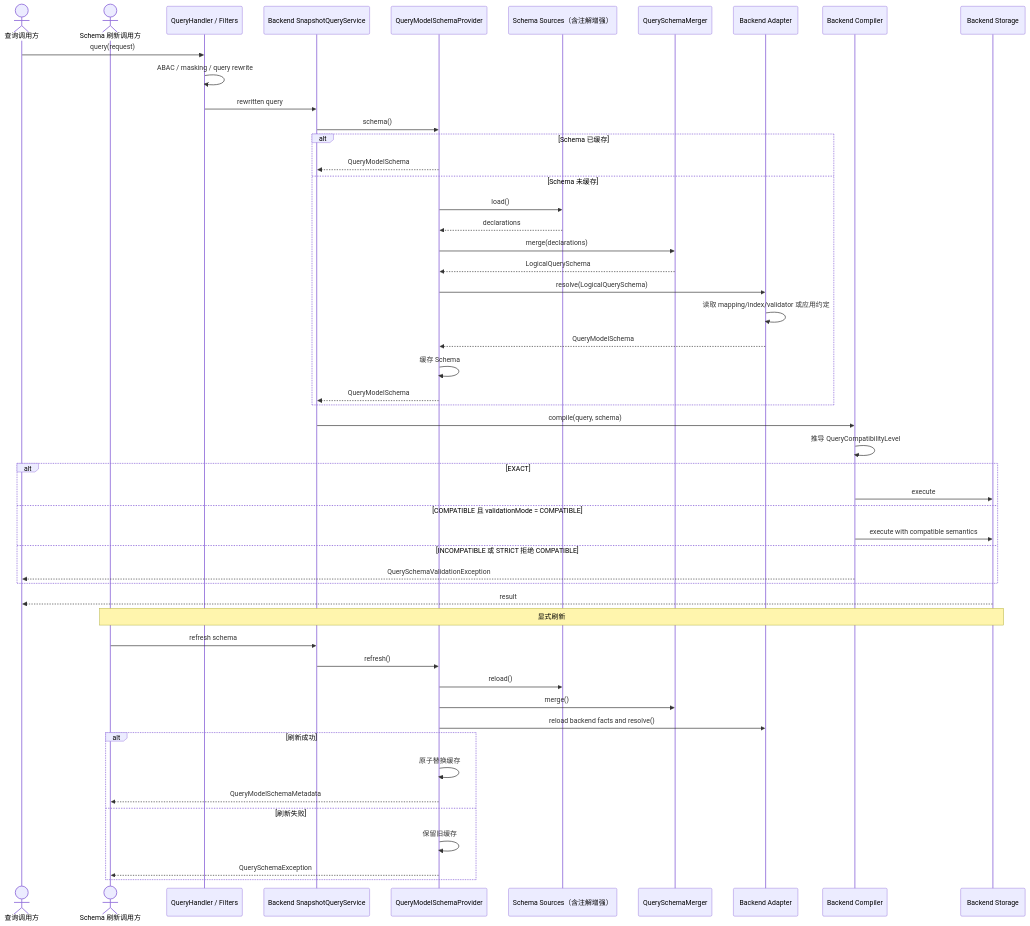
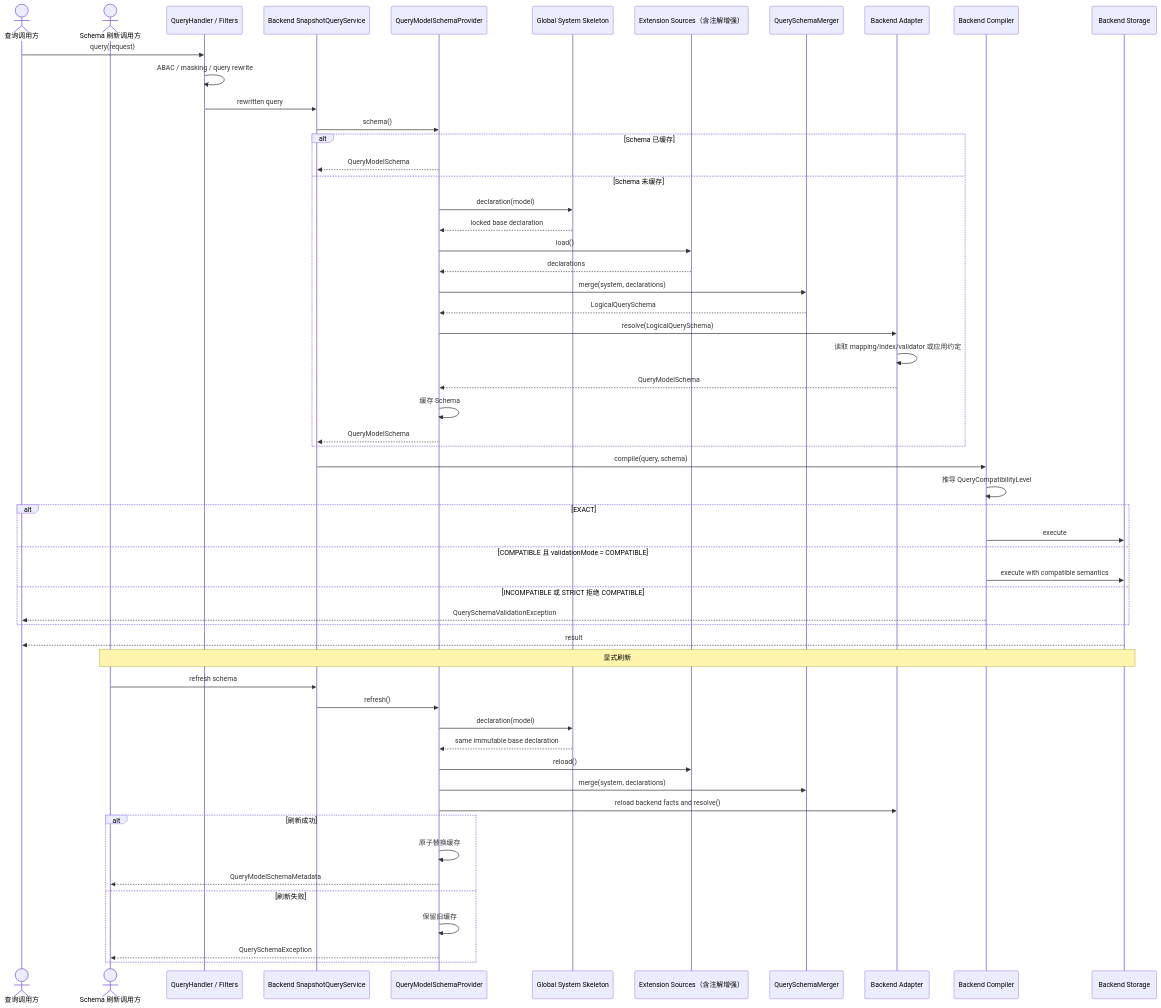
One commit to Ahoo-Wang/Wow changed the third of 4 diagrams in docs/superpowers/specs/2026-08-26-query-model-schema-design.md. Above: the diagram before and after it, drawn with Mermaid. The commit also changed other lines of this file, not shown here.

Commit message:
docs(query): define global system schema skeleton

````diff
--- a/docs/superpowers/specs/2026-08-26-query-model-schema-design.md
+++ b/docs/superpowers/specs/2026-08-26-query-model-schema-design.md
@@ -911,61 +920,66 @@
 ```mermaid
 sequenceDiagram
     actor Caller as 查询调用方
     actor Operator as Schema 刷新调用方
     participant Handler as QueryHandler / Filters
     participant Service as Backend SnapshotQueryService
     participant Provider as QueryModelSchemaProvider
-    participant Sources as Schema Sources（含注解增强）
+    participant System as Global System Skeleton
+    participant Sources as Extension Sources（含注解增强）
     participant Merger as QuerySchemaMerger
     participant Adapter as Backend Adapter
     participant Compiler as Backend Compiler
     participant Storage as Backend Storage
 
     Caller->>Handler: query(request)
     Handler->>Handler: ABAC / masking / query rewrite
     Handler->>Service: rewritten query
     Service->>Provider: schema()
 
     alt Schema 已缓存
         Provider-->>Service: QueryModelSchema
     else Schema 未缓存
+        Provider->>System: declaration(model)
+        System-->>Provider: locked base declaration
         Provider->>Sources: load()
         Sources-->>Provider: declarations
-        Provider->>Merger: merge(declarations)
+        Provider->>Merger: merge(system, declarations)
         Merger-->>Provider: LogicalQuerySchema
         Provider->>Adapter: resolve(LogicalQuerySchema)
         Adapter->>Adapter: 读取 mapping/index/validator 或应用约定
         Adapter-->>Provider: QueryModelSchema
         Provider->>Provider: 缓存 Schema
         Provider-->>Service: QueryModelSchema
     end
 
     Service->>Compiler: compile(query, schema)
     Compiler->>Compiler: 推导 QueryCompatibilityLevel
 
     alt EXACT
         Compiler->>Storage: execute
     else COMPATIBLE 且 validationMode = COMPATIBLE
         Compiler->>Storage: execute with compatible semantics
     else INCOMPATIBLE 或 STRICT 拒绝 COMPATIBLE
         Compiler-->>Caller: QuerySchemaValidationException
     end
 
     Storage-->>Caller: result
 
     Note over Operator,Storage: 显式刷新
 
     Operator->>Service: refresh schema
     Service->>Provider: refresh()
+    Provider->>System: declaration(model)
+    System-->>Provider: same immutable base declaration
     Provider->>Sources: reload()
-    Provider->>Merger: merge()
+    Provider->>Merger: merge(system, declarations)
     Provider->>Adapter: reload backend facts and resolve()
 
     alt 刷新成功
         Provider->>Provider: 原子替换缓存
         Provider-->>Operator: QueryModelSchemaMetadata
     else 刷新失败
         Provider->>Provider: 保留旧缓存
         Provider-->>Operator: QuerySchemaException
     end
 ```
````
